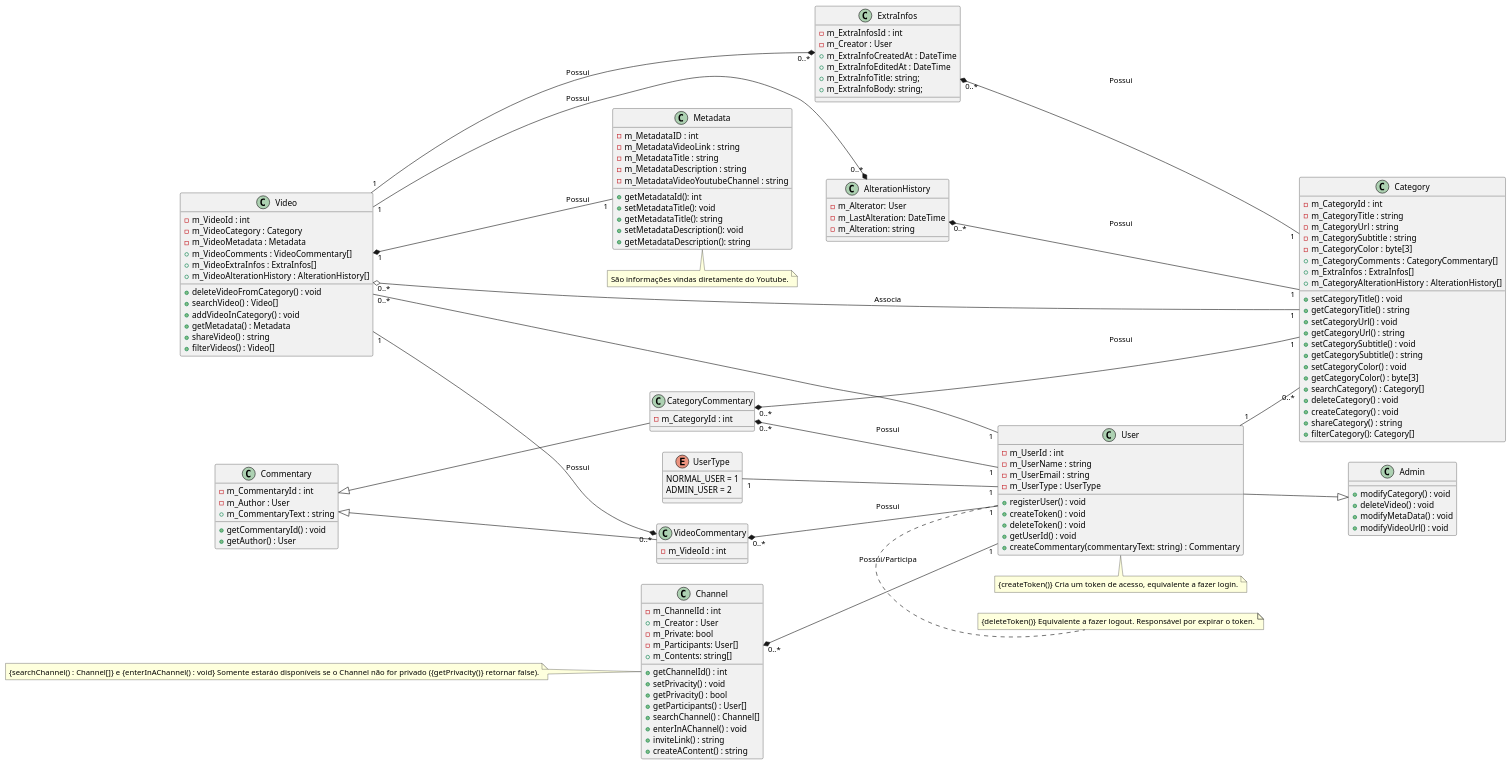
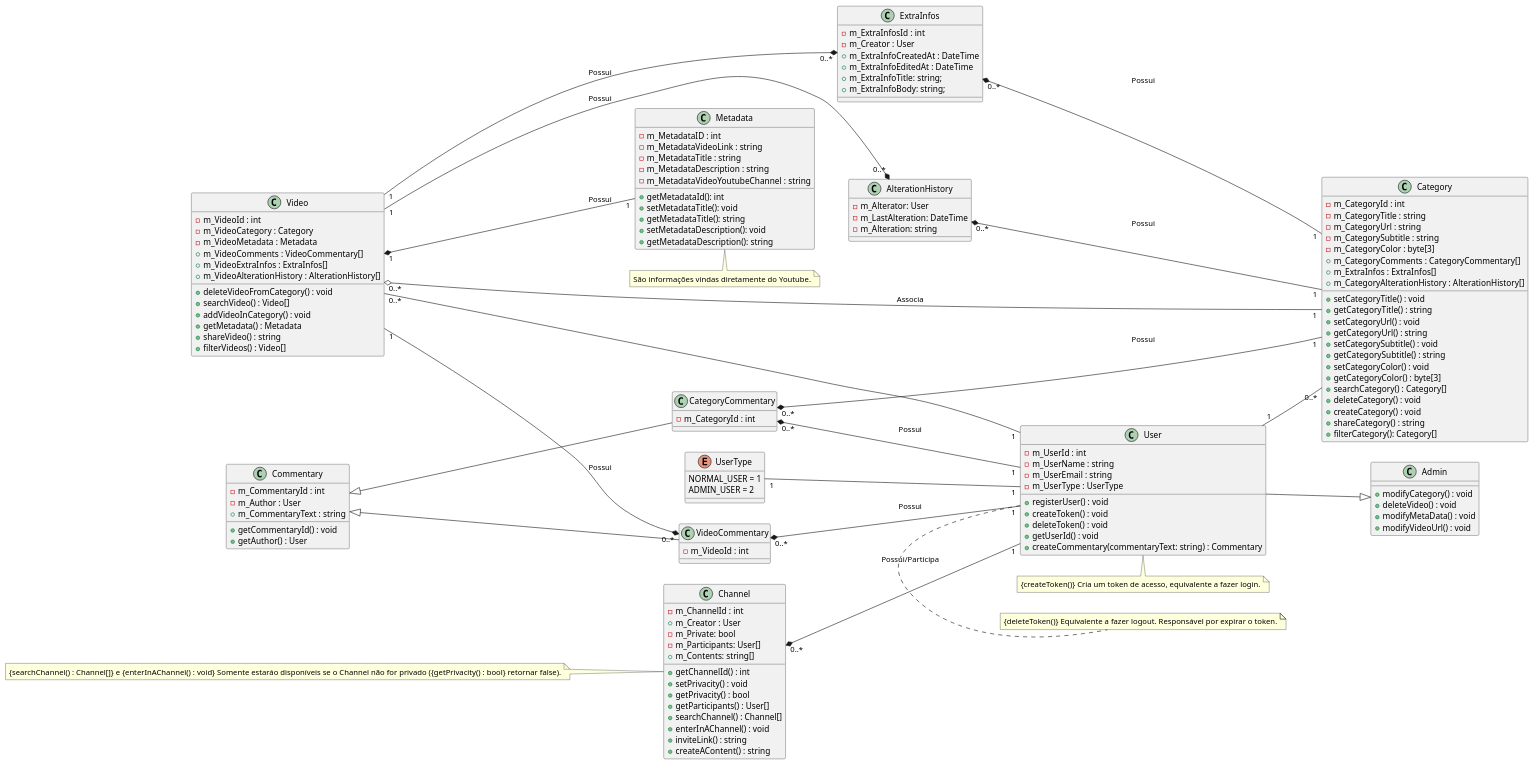
Before and after one commit to MurylloEx/DevFlix-PSW: the diagram in Artefatos/Diagramas/Classes/Diagrama_Classe_Devflix.puml, drawn with PlantUML.

Commit message:
feat/fix(Diagrama de Classe): Corrigindo incongruências

```diff
--- a/Artefatos/Diagramas/Classes/Diagrama_Classe_Devflix.puml
+++ b/Artefatos/Diagramas/Classes/Diagrama_Classe_Devflix.puml
@@ -1,159 +1,159 @@
 @startuml ClassDiagram
 
 left to right direction
 
 class User {
     -m_UserId : int
     -m_UserName : string
     -m_UserEmail : string
     -m_UserType : UserType
     +registerUser() : void
     +createToken() : void
     +deleteToken() : void
     +getUserId() : void
     +createCommentary(commentaryText: string) : Commentary
 }
 
 class Admin {
     +modifyCategory() : void
     +deleteVideo() : void
     +modifyMetaData() : void
     +modifyVideoUrl() : void
 }
 
 class Category {
     -m_CategoryId : int
     -m_CategoryTitle : string
     -m_CategoryUrl : string
     -m_CategorySubtitle : string
     -m_CategoryColor : byte[3]
     +m_CategoryComments : CategoryCommentary[]
     +m_ExtraInfos : ExtraInfos[]
     +m_CategoryAlterationHistory : AlterationHistory[]
     +setCategoryTitle() : void
     +getCategoryTitle() : string
     +setCategoryUrl() : void
     +getCategoryUrl() : string
     +setCategorySubtitle() : void
     +getCategorySubtitle() : string
     +setCategoryColor() : void
     +getCategoryColor() : byte[3]
     +searchCategory() : Category[]
     +deleteCategory() : void
     +createCategory() : void
     +shareCategory() : string
     +filterCategory(): Category[]
 }
 
 class Commentary {
     -m_CommentaryId : int
     -m_Author : User
     +m_CommentaryText : string
     +getCommentaryId() : void
     +getAuthor() : User
 }
 
 class VideoCommentary {
    -m_VideoId : int
 }
 
 class CategoryCommentary {
     -m_CategoryId : int
 }
 
 class ExtraInfos {
     -m_ExtraInfosId : int
     -m_Creator : User
     +m_ExtraInfoCreatedAt : DateTime
     +m_ExtraInfoEditedAt : DateTime
     +m_ExtraInfoTitle: string;
     +m_ExtraInfoBody: string;
 }
 
 class Video {
     -m_VideoId : int
     -m_VideoCategory : Category
     -m_VideoMetadata : Metadata
     +m_VideoComments : VideoCommentary[]
     +m_VideoExtraInfos : ExtraInfos[]
     +m_VideoAlterationHistory : AlterationHistory[]
     +deleteVideoFromCategory() : void
     +searchVideo() : Video[]
     +addVideoInCategory() : void
     +getMetadata() : Metadata
     +shareVideo() : string
     +filterVideos() : Video[]
 }
 
 class Metadata{
     -m_MetadataID : int
     -m_MetadataVideoLink : string
     -m_MetadataTitle : string
     -m_MetadataDescription : string
     -m_MetadataVideoYoutubeChannel : string
     +getMetadataId(): int
     +setMetadataTitle(): void
     +getMetadataTitle(): string
     +setMetadataDescription(): void
     +getMetadataDescription(): string
 }
 
 class AlterationHistory {
     -m_Alterator: User
     -m_LastAlteration: DateTime
     -m_Alteration: string
 }
 
 class Channel {
     -m_ChannelId : int
     +m_Creator : User
     -m_Private: bool
     -m_Participants: User[]
     +m_Contents: string[]
     +getChannelId() : int
     +setPrivacity() : void
     +getPrivacity() : bool
     +getParticipants() : User[]
     +searchChannel() : Channel[]
     +enterInAChannel() : void 
     +inviteLink() : string
     +createAContent() : string
 }
 
 enum UserType {
     NORMAL_USER = 1
     ADMIN_USER = 2
 }
 
 User "1"-up-"1" UserType
 User "1"--"0..*" Category
 User "1"--"0..*" Video
 User --|> Admin
 VideoCommentary "0..*"*--"1" User : Possui
 CategoryCommentary "0..*"*--"1" User : Possui
 
 VideoCommentary -up-|> Commentary
 CategoryCommentary -up-|> Commentary
 
 Video "1"*-down-"1" Metadata : Possui
 Video "0..*" o-- "1" Category : Associa
 
 VideoCommentary "0..*"*-up-"1" Video : Possui
 ExtraInfos "0..*"*-up-"1" Video : Possui
 AlterationHistory "0..*"*-up-"1" Video : Possui
 Channel "0..*"*--"1" User : Possui/Participa
 
 CategoryCommentary "0..*"*--"1" Category : Possui
 ExtraInfos "0..*"*--"1" Category : Possui
 AlterationHistory "0..*"*--"1" Category : Possui
 
 
 
 note bottom of User : {createToken()} Cria um token de acesso, equivalente a fazer login.
 note bottom of User : {deleteToken()} Equivalente a fazer logout. Responsável por expirar o token.
 
-note left of Channel : {searchChannel() : Channel[]} e {enterInAChannel() : void} Somente estaráo disponíveis se o Channel não for privado ({getPrivacity()} retornar false).
+note left of Channel : {searchChannel() : Channel[]} e {enterInAChannel() : void} Somente estaráo disponíveis se o Channel não for privado ({getPrivacity() : bool} retornar false).
 
 note bottom of Metadata : São informações vindas diretamente do Youtube.
 
 @endtuml
```
